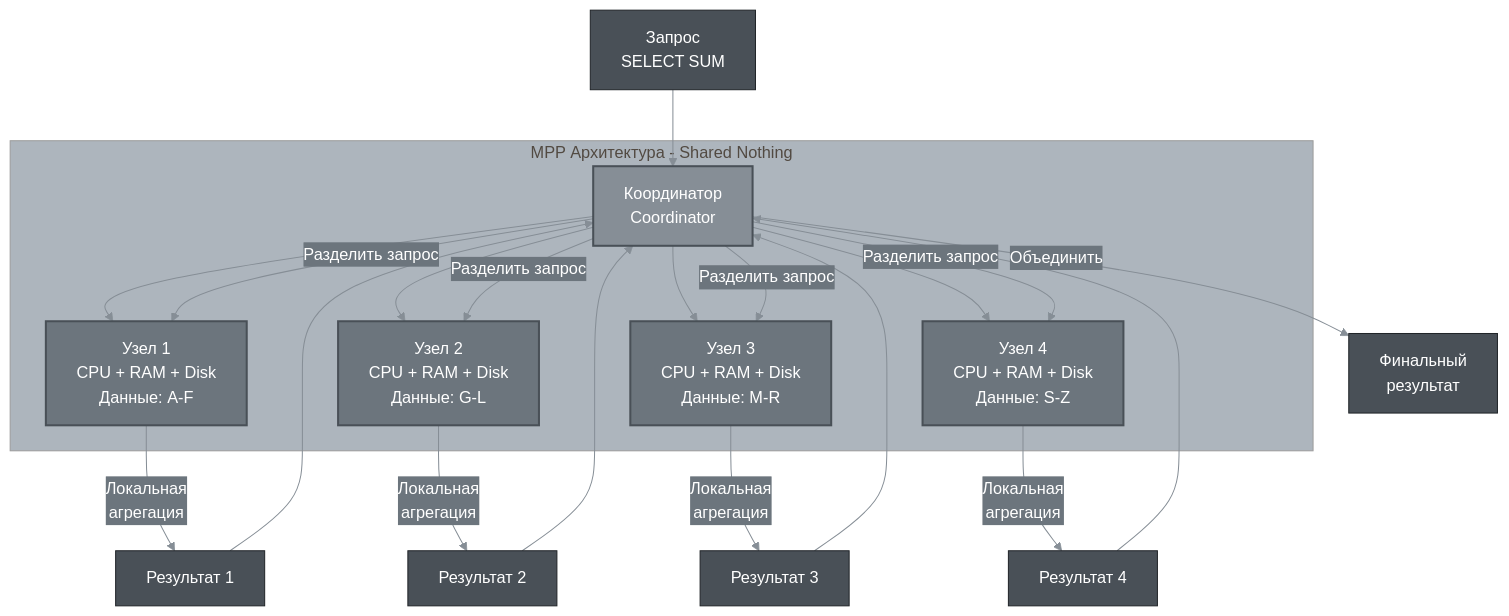
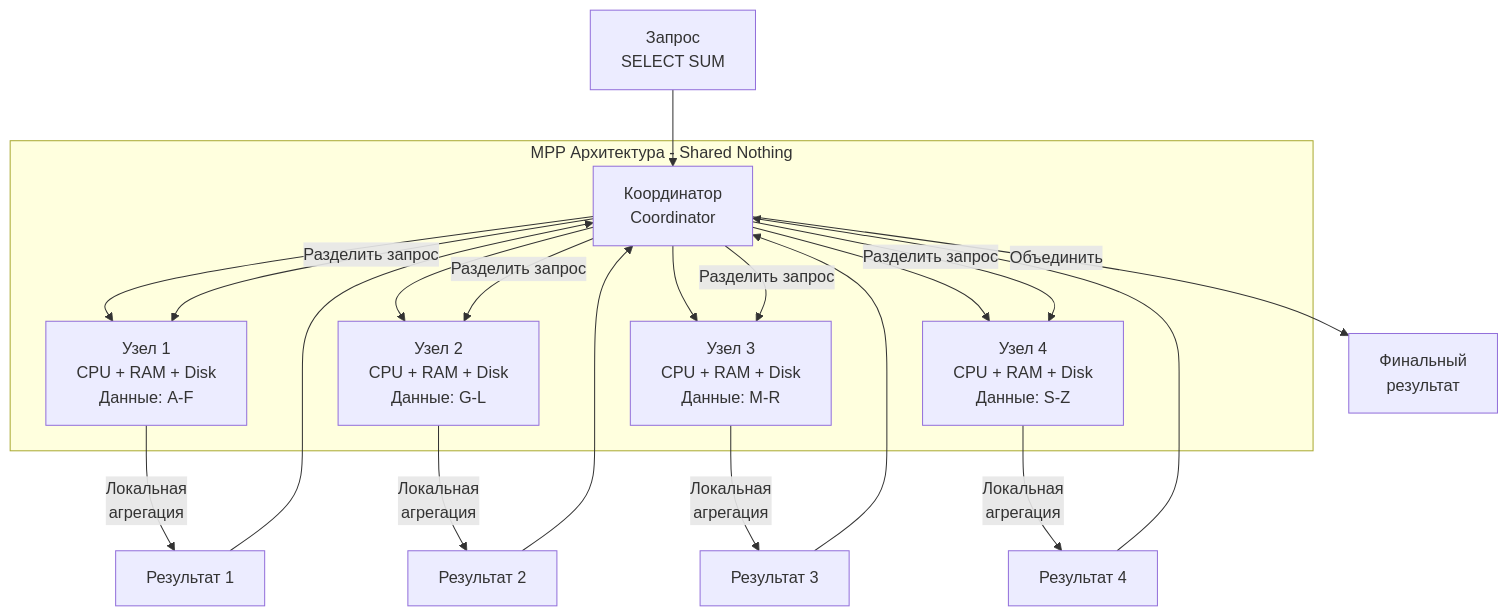
Diagram 15 of 23 in db_exam.md (alx314vo/db_exam), drawn with Mermaid before and after one commit. The commit also changed other lines of this file and 1 other file, not shown here.

````diff
--- a/db_exam.md
+++ b/db_exam.md
@@ -779,34 +722,28 @@
 ```mermaid
-%%{init: {'theme':'base', 'themeVariables': {'primaryColor':'#495057','primaryTextColor':'#fff','primaryBorderColor':'#212529','lineColor':'#868e96','secondaryColor':'#6c757d','tertiaryColor':'#adb5bd','background':'#ffffff','textColor':'#212529'}}}%%
 graph TB
     subgraph "MPP Архитектура - Shared Nothing"
         C[Координатор<br/>Coordinator] --> N1[Узел 1<br/>CPU + RAM + Disk<br/>Данные: A-F]
         C --> N2[Узел 2<br/>CPU + RAM + Disk<br/>Данные: G-L]
         C --> N3[Узел 3<br/>CPU + RAM + Disk<br/>Данные: M-R]
         C --> N4[Узел 4<br/>CPU + RAM + Disk<br/>Данные: S-Z]
     end
     
     Q[Запрос<br/>SELECT SUM] --> C
     C -->|Разделить запрос| N1
     C -->|Разделить запрос| N2
     C -->|Разделить запрос| N3
     C -->|Разделить запрос| N4
     
     N1 -->|Локальная<br/>агрегация| R1[Результат 1]
     N2 -->|Локальная<br/>агрегация| R2[Результат 2]
     N3 -->|Локальная<br/>агрегация| R3[Результат 3]
     N4 -->|Локальная<br/>агрегация| R4[Результат 4]
     
     R1 --> C
     R2 --> C
     R3 --> C
     R4 --> C
     
     C -->|Объединить| F[Финальный<br/>результат]
     
-    style C fill:#868e96,stroke:#495057,stroke-width:2px,color:#fff
-    style N1 fill:#6c757d,stroke:#495057,stroke-width:2px,color:#fff
-    style N2 fill:#6c757d,stroke:#495057,stroke-width:2px,color:#fff
-    style N3 fill:#6c757d,stroke:#495057,stroke-width:2px,color:#fff
-    style N4 fill:#6c757d,stroke:#495057,stroke-width:2px,color:#fff
 ```
````
